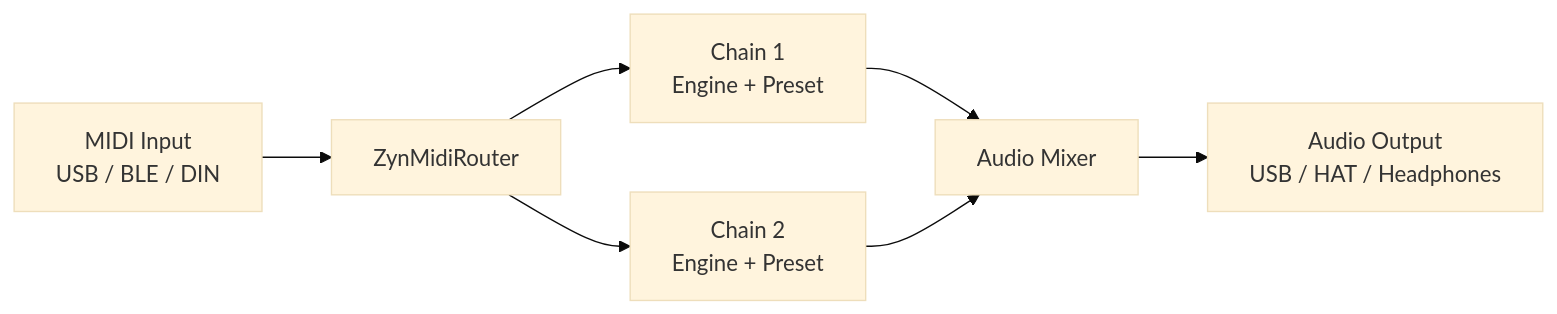
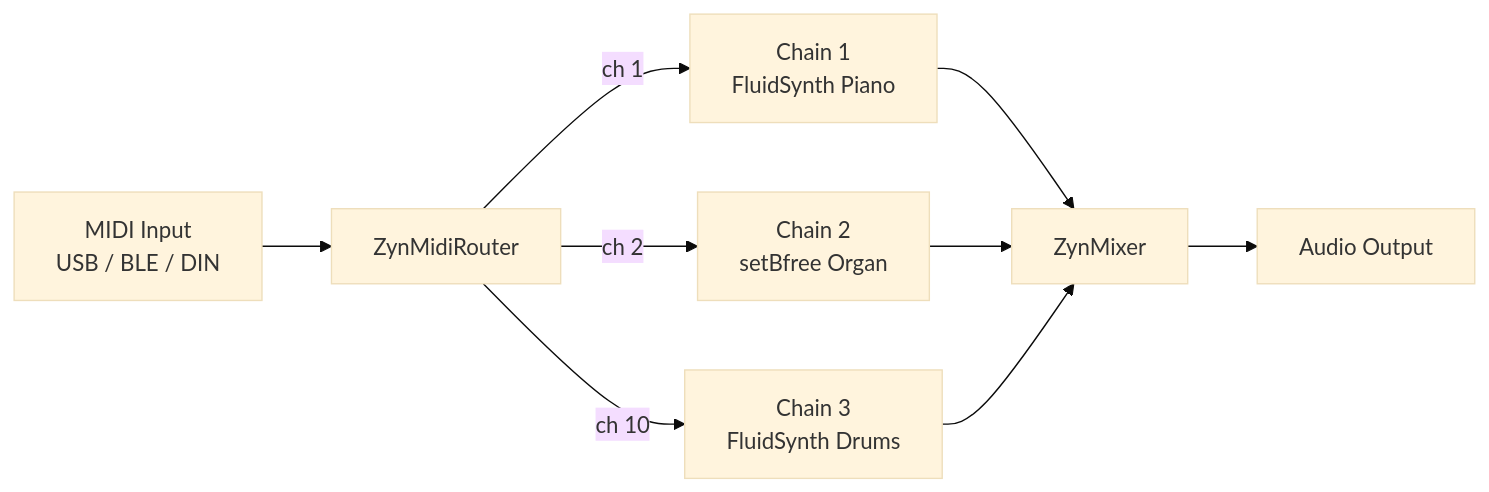
Before and after one commit to Witzman/zynth-docs: the diagram in htmldoku/userguide.md, drawn with Mermaid (base theme). The commit also changed other lines of this file and 33 other files, not shown here.

````diff
--- a/htmldoku/userguide.md
+++ b/htmldoku/userguide.md
@@ -27,9 +25,11 @@
 ```mermaid
 flowchart LR
     MIDI[MIDI Input<br/>USB / BLE / DIN] --> Router[ZynMidiRouter]
-    Router --> Chain1[Chain 1<br/>Engine + Preset]
-    Router --> Chain2[Chain 2<br/>Engine + Preset]
-    Chain1 --> Mixer[Audio Mixer]
+    Router -->|ch 1| Chain1[Chain 1<br/>FluidSynth Piano]
+    Router -->|ch 2| Chain2[Chain 2<br/>setBfree Organ]
+    Router -->|ch 10| Chain3[Chain 3<br/>FluidSynth Drums]
+    Chain1 --> Mixer[ZynMixer]
     Chain2 --> Mixer
-    Mixer --> Out[Audio Output<br/>USB / HAT / Headphones]
+    Chain3 --> Mixer
+    Mixer --> Out[Audio Output]
 ```
````
